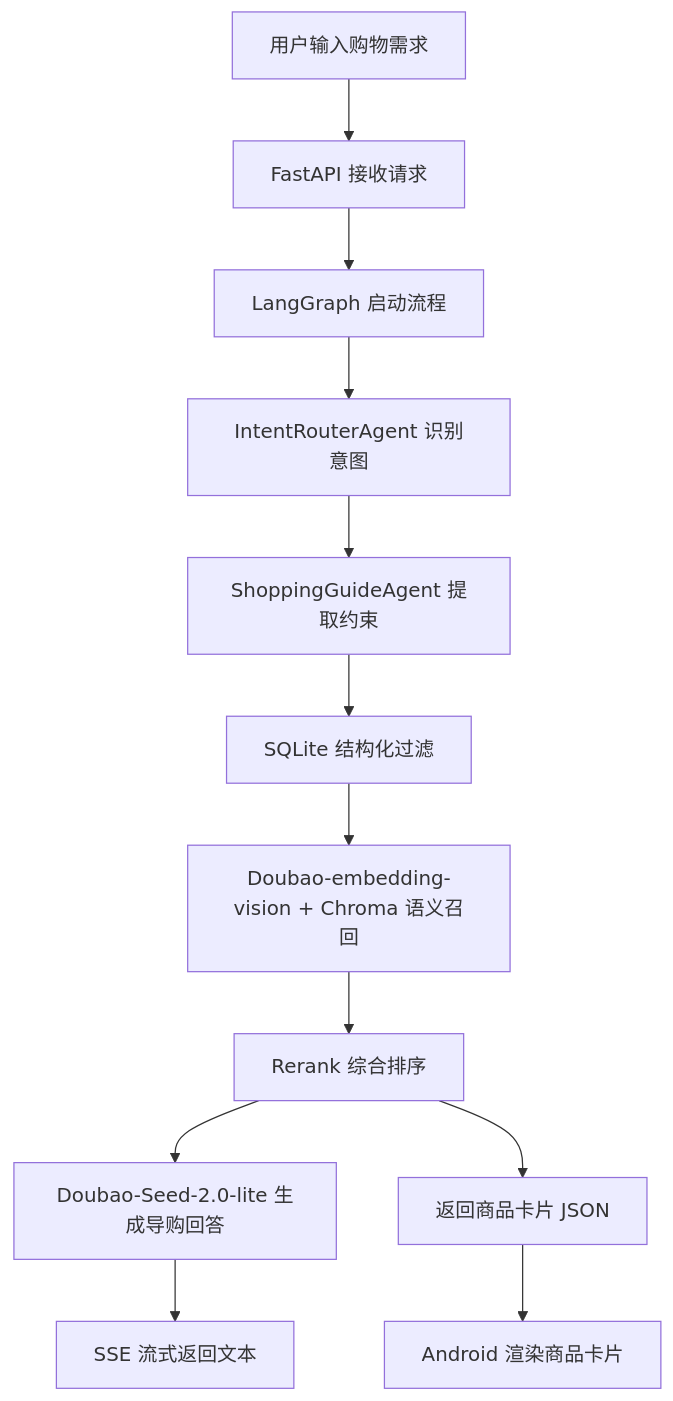
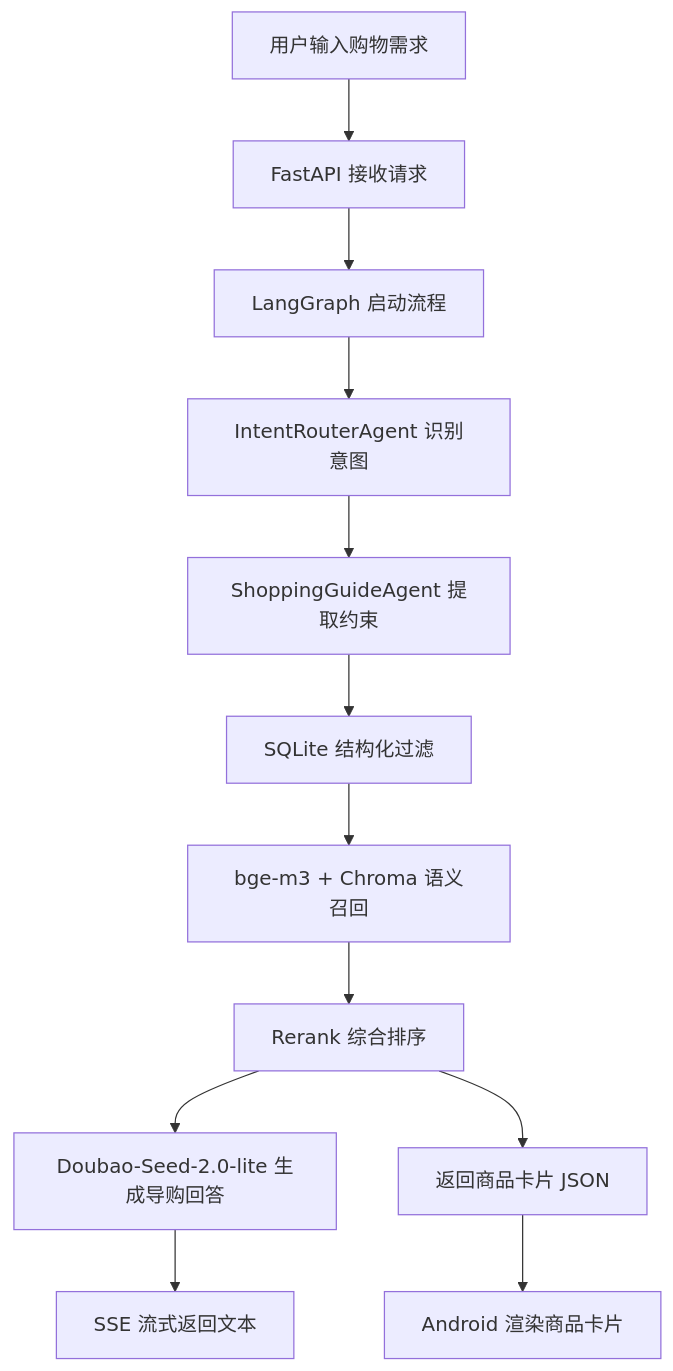
Before and after one commit to zzcy20122013/commerce-rag-agent: the fourth of 6 diagrams in 基于RAG的多模态电商智能导购Agent方案.md, drawn with Mermaid. The commit also changed other lines of this file and 33 other files, not shown here.

````diff
--- a/基于RAG的多模态电商智能导购Agent方案.md
+++ b/基于RAG的多模态电商智能导购Agent方案.md
@@ -539,14 +539,14 @@
 ```mermaid
 flowchart TD
     A["用户输入购物需求"] --> B["FastAPI 接收请求"]
     B --> C["LangGraph 启动流程"]
     C --> D["IntentRouterAgent 识别意图"]
     D --> E["ShoppingGuideAgent 提取约束"]
     E --> F["SQLite 结构化过滤"]
-    F --> G["Doubao-embedding-vision + Chroma 语义召回"]
+    F --> G["bge-m3 + Chroma 语义召回"]
     G --> H["Rerank 综合排序"]
     H --> I["Doubao-Seed-2.0-lite 生成导购回答"]
     I --> J["SSE 流式返回文本"]
     H --> K["返回商品卡片 JSON"]
     K --> L["Android 渲染商品卡片"]
 ```
````
